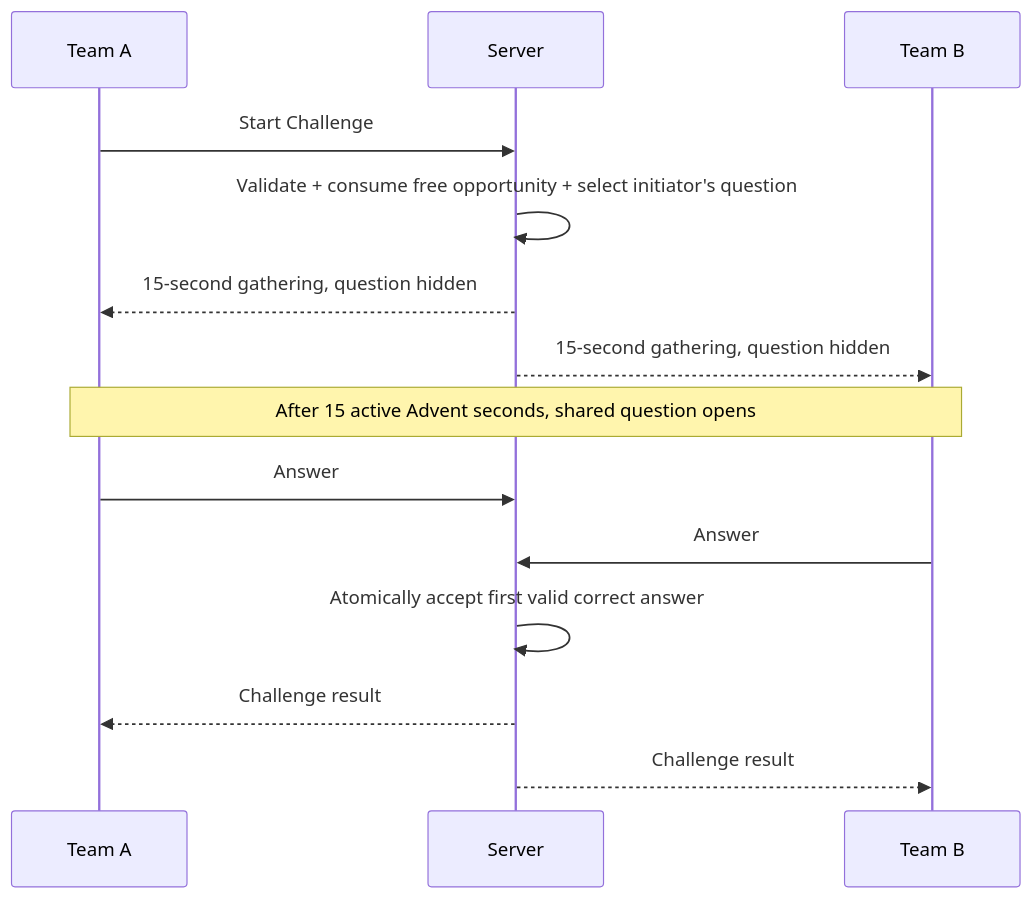
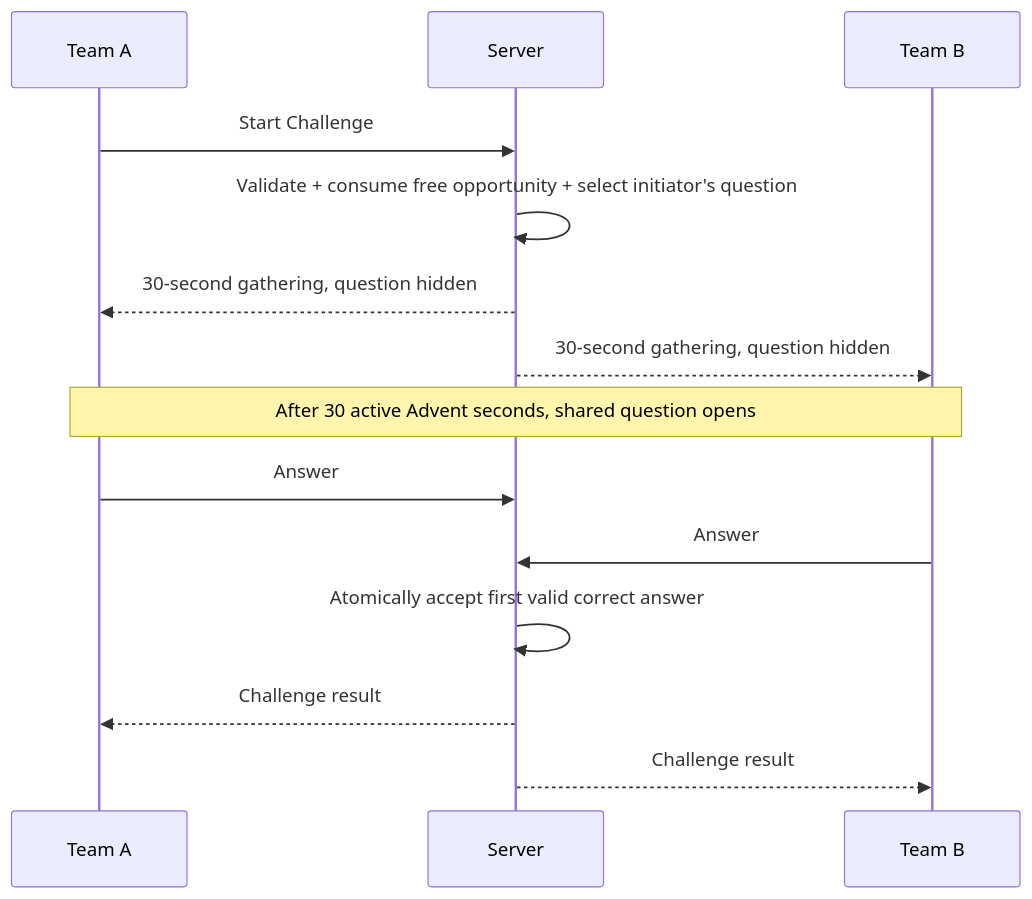
The seventh of 11 diagrams in christmas-2026-game-rules-state-semantics.md (TristanAlbers/christmas-quiz), drawn with Mermaid before and after one commit. The commit also changed other lines of this file, not shown here.

Commit message:
docs(#82): align normative Challenge timing and sequence with 30 seconds

````diff
--- a/christmas-2026-game-rules-state-semantics.md
+++ b/christmas-2026-game-rules-state-semantics.md
@@ -503,17 +503,17 @@
 ```mermaid
 sequenceDiagram
     participant A as Team A
     participant S as Server
     participant B as Team B
 
     A->>S: Start Challenge
     S->>S: Validate + consume free opportunity + select initiator's question
-    S-->>A: 15-second gathering, question hidden
-    S-->>B: 15-second gathering, question hidden
-    Note over A,B: After 15 active Advent seconds, shared question opens
+    S-->>A: 30-second gathering, question hidden
+    S-->>B: 30-second gathering, question hidden
+    Note over A,B: After 30 active Advent seconds, shared question opens
     A->>S: Answer
     B->>S: Answer
     S->>S: Atomically accept first valid correct answer
     S-->>A: Challenge result
     S-->>B: Challenge result
 ```
````
